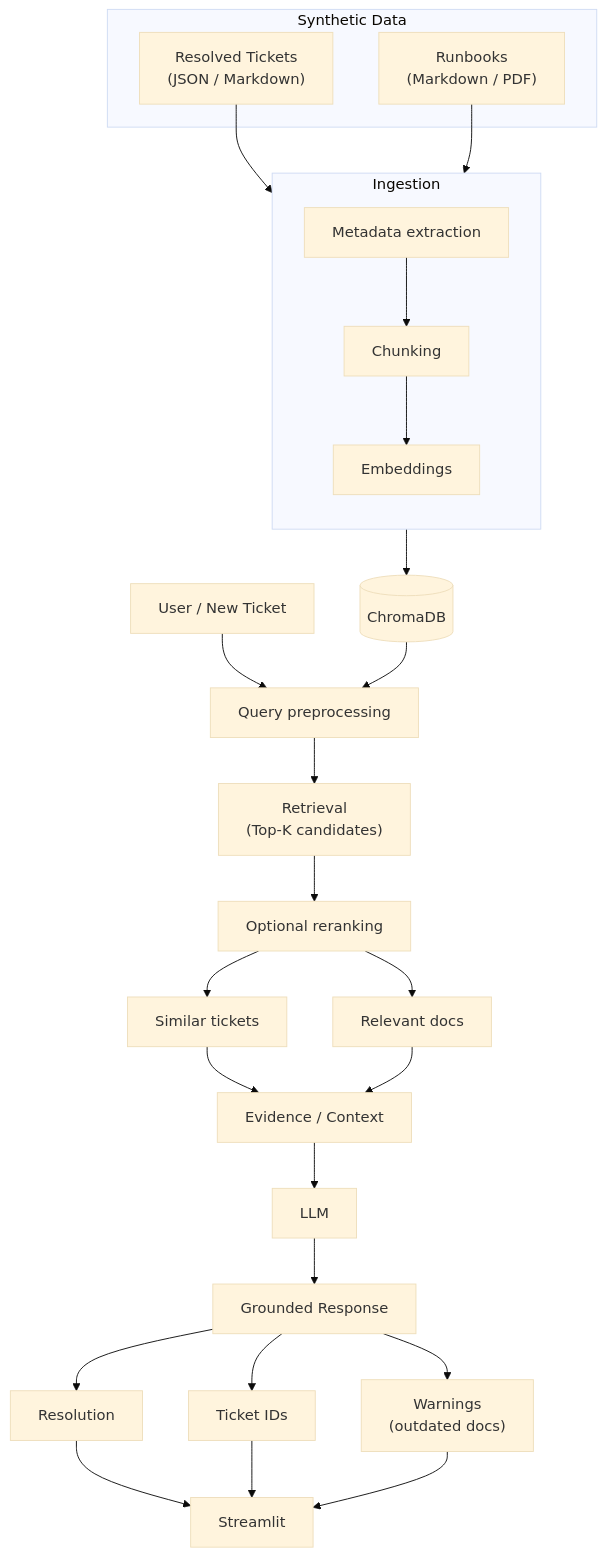
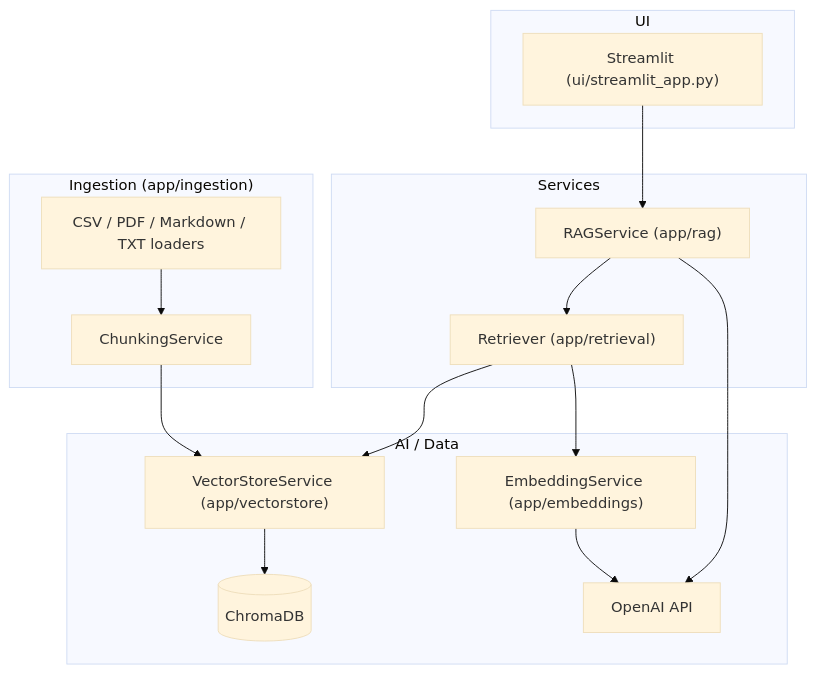
The first of 4 diagrams in README.md (bee-honey/ai-support-ticket-resolver), drawn with Mermaid (base theme) before and after one commit. The commit also changed other lines of this file and 36 other files, not shown here.

````diff
--- a/README.md
+++ b/README.md
@@ -28,40 +48,29 @@
 ```mermaid
 flowchart TD
-    subgraph SD["Synthetic Data"]
-        RT["Resolved Tickets<br/>(JSON / Markdown)"]
-        RB["Runbooks<br/>(Markdown / PDF)"]
+    subgraph UI_Layer["UI"]
+        ST["Streamlit (ui/streamlit_app.py)"]
+    end
+    subgraph Service_Layer["Services"]
+        RAGSvc["RAGService (app/rag)"]
+        RetrieverSvc["Retriever (app/retrieval)"]
+    end
+    subgraph AI_Layer["AI / Data"]
+        EmbSvc["EmbeddingService (app/embeddings)"]
+        VSSvc["VectorStoreService (app/vectorstore)"]
+        Chroma[("ChromaDB")]
+        OpenAI["OpenAI API"]
+    end
+    subgraph Ingestion_Layer["Ingestion (app/ingestion)"]
+        Loaders["CSV / PDF / Markdown / TXT loaders"]
+        Chunker["ChunkingService"]
     end
 
-    RT --> ING
-    RB --> ING
-
-    subgraph ING["Ingestion"]
-        direction TB
-        M["Metadata extraction"] --> C["Chunking"] --> E["Embeddings"]
-    end
-
-    ING --> DB[("ChromaDB")]
-
-    U["User / New Ticket"] --> QP["Query preprocessing"]
-    DB --> QP
-
-    QP --> R["Retrieval<br/>(Top-K candidates)"]
-    R --> RR["Optional reranking"]
-
-    RR --> ST["Similar tickets"]
-    RR --> RD["Relevant docs"]
-
-    ST --> CTX["Evidence / Context"]
-    RD --> CTX
-
-    CTX --> LLM["LLM"]
-    LLM --> GR["Grounded Response"]
-
-    GR --> RES["Resolution"]
-    GR --> TID["Ticket IDs"]
-    GR --> WARN["Warnings<br/>(outdated docs)"]
-
-    RES --> UI["Streamlit"]
-    TID --> UI
-    WARN --> UI
+    ST --> RAGSvc
+    RAGSvc --> RetrieverSvc
+    RAGSvc --> OpenAI
+    RetrieverSvc --> VSSvc
+    RetrieverSvc --> EmbSvc
+    EmbSvc --> OpenAI
+    VSSvc --> Chroma
+    Loaders --> Chunker --> VSSvc
 ```
````
